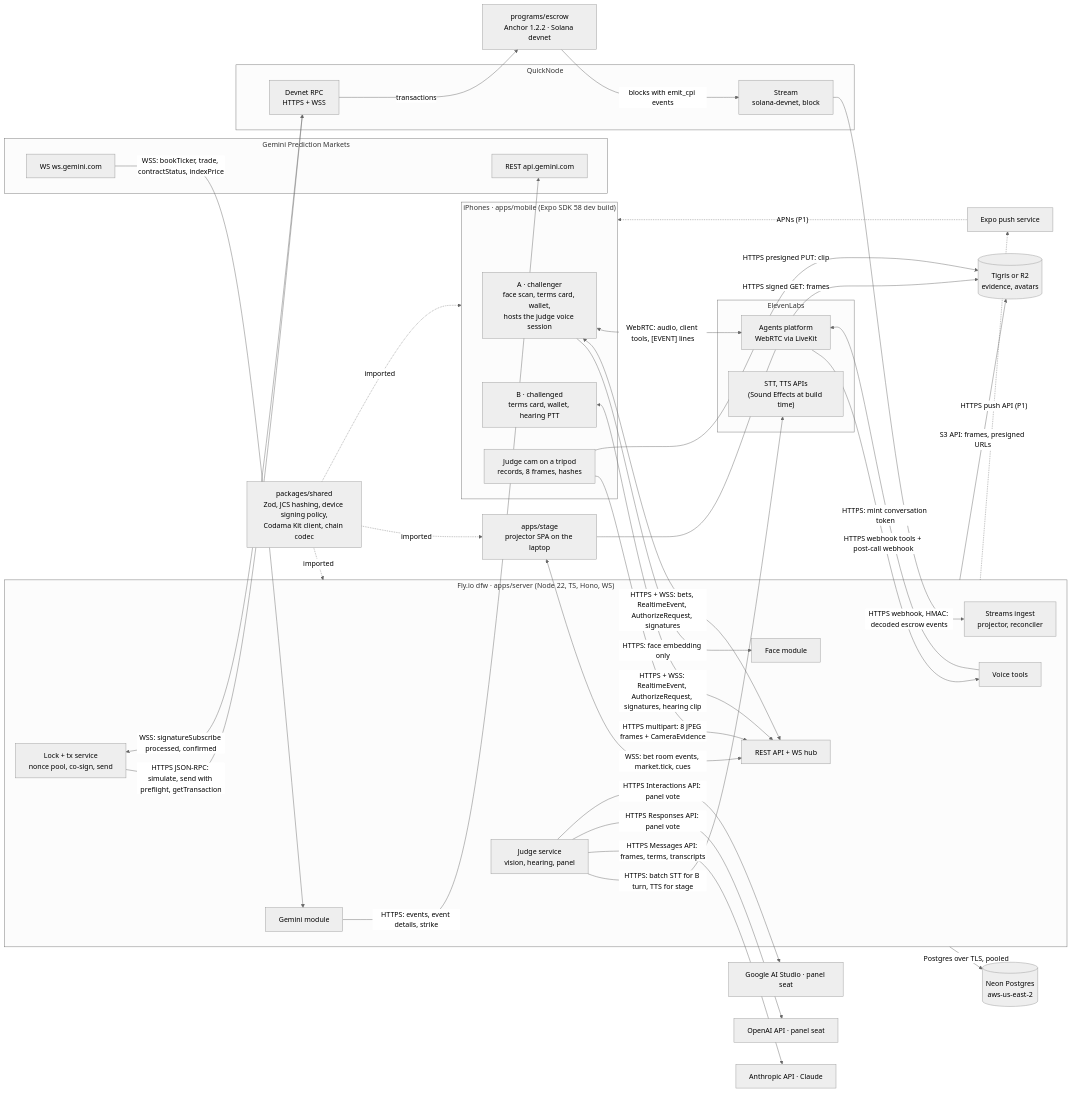
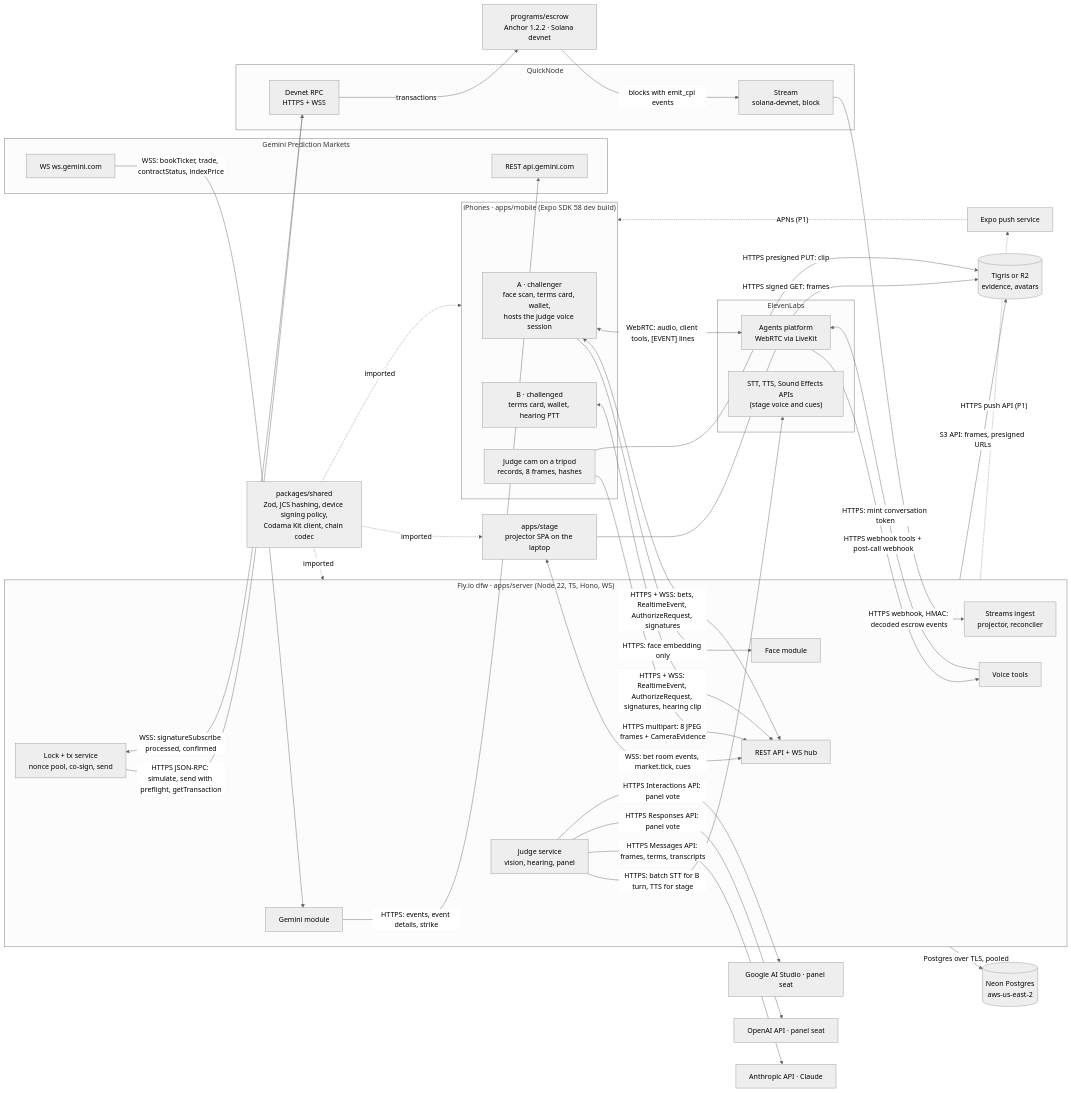
Before and after one commit to AlaricCode/YoureOn: the first of 12 diagrams in docs/planning/ARCHITECTURE.md, drawn with Mermaid (neutral theme). The commit also changed other lines of this file and 3 other files, not shown here.

First line of the commit message:
docs/planning: the stage voice (API-CONTRACT §2.17, §3.1, §4.5; ARCHITECTURE; SETUP-CHECKLIST §7)

````diff
--- a/docs/planning/ARCHITECTURE.md
+++ b/docs/planning/ARCHITECTURE.md
@@ -33,67 +33,67 @@
 ```mermaid
 flowchart LR
   subgraph PH["iPhones · apps/mobile (Expo SDK 58 dev build)"]
     A["A · challenger<br/>face scan, terms card, wallet,<br/>hosts the judge voice session"]
     B["B · challenged<br/>terms card, wallet, hearing PTT"]
     JC["Judge cam on a tripod<br/>records, 8 frames, hashes"]
   end
   ST["apps/stage<br/>projector SPA on the laptop"]
   SH["packages/shared<br/>Zod, JCS hashing, device signing policy,<br/>Codama Kit client, chain codec"]
   subgraph FLY["Fly.io dfw · apps/server (Node 22, TS, Hono, WS)"]
     HUB["REST API + WS hub"]
     FACE["Face module"]
     VT["Voice tools"]
     LOCK["Lock + tx service<br/>nonce pool, co-sign, send"]
     PROJ["Streams ingest<br/>projector, reconciler"]
     JUDGE["Judge service<br/>vision, hearing, panel"]
     GEM["Gemini module"]
   end
   subgraph EL["ElevenLabs"]
     AG["Agents platform<br/>WebRTC via LiveKit"]
-    SAPI["STT, TTS APIs<br/>(Sound Effects at build time)"]
+    SAPI["STT, TTS, Sound Effects APIs<br/>(stage voice and cues)"]
   end
   ANT["Anthropic API · Claude"]
   OAI["OpenAI API · panel seat"]
   GOO["Google AI Studio · panel seat"]
   subgraph GPM["Gemini Prediction Markets"]
     GR["REST api.gemini.com"]
     GW["WS ws.gemini.com"]
   end
   subgraph QN["QuickNode"]
     RPC["Devnet RPC<br/>HTTPS + WSS"]
     STREAM["Stream<br/>solana-devnet, block"]
   end
   ESC["programs/escrow<br/>Anchor 1.2.2 · Solana devnet"]
   PG[("Neon Postgres<br/>aws-us-east-2")]
   OBJ[("Tigris or R2<br/>evidence, avatars")]
   PUSH["Expo push service"]
 
   A -->|"HTTPS: face embedding only"| FACE
   A <-->|"HTTPS + WSS: bets, RealtimeEvent, AuthorizeRequest, signatures"| HUB
   B <-->|"HTTPS + WSS: RealtimeEvent, AuthorizeRequest, signatures, hearing clip"| HUB
   JC -->|"HTTPS multipart: 8 JPEG frames + CameraEvidence"| HUB
   JC -->|"HTTPS presigned PUT: clip"| OBJ
   ST <-->|"WSS: bet room events, market.tick, cues"| HUB
   ST -->|"HTTPS signed GET: frames"| OBJ
   A <-->|"WebRTC: audio, client tools, [EVENT] lines"| AG
   AG -->|"HTTPS webhook tools + post-call webhook"| VT
   VT -->|"HTTPS: mint conversation token"| AG
   JUDGE -->|"HTTPS: batch STT for B turn, TTS for stage"| SAPI
   JUDGE -->|"HTTPS Messages API: frames, terms, transcripts"| ANT
   JUDGE -->|"HTTPS Responses API: panel vote"| OAI
   JUDGE -->|"HTTPS Interactions API: panel vote"| GOO
   GEM -->|"HTTPS: events, event details, strike"| GR
   GW -->|"WSS: bookTicker, trade, contractStatus, indexPrice"| GEM
   LOCK -->|"HTTPS JSON-RPC: simulate, send with preflight, getTransaction"| RPC
   RPC -->|"WSS: signatureSubscribe processed, confirmed"| LOCK
   RPC -->|"transactions"| ESC
   ESC -->|"blocks with emit_cpi events"| STREAM
   STREAM -->|"HTTPS webhook, HMAC: decoded escrow events"| PROJ
   FLY -->|"Postgres over TLS, pooled"| PG
   FLY -->|"S3 API: frames, presigned URLs"| OBJ
   FLY -.->|"HTTPS push API (P1)"| PUSH
   PUSH -.->|"APNs (P1)"| PH
   SH -.->|"imported"| PH
   SH -.->|"imported"| ST
   SH -.->|"imported"| FLY
 ```
````
